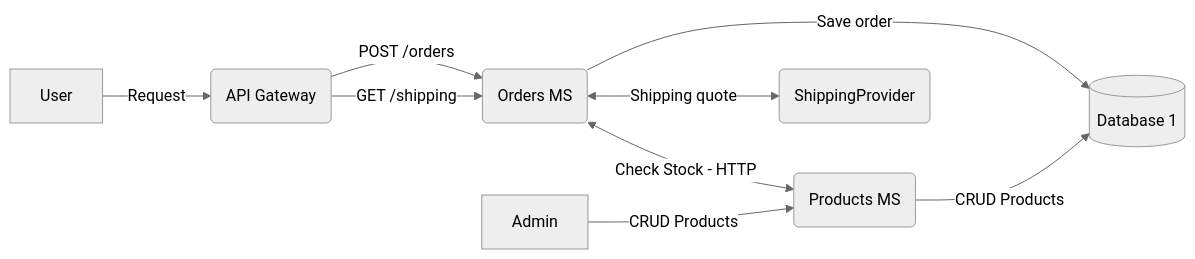
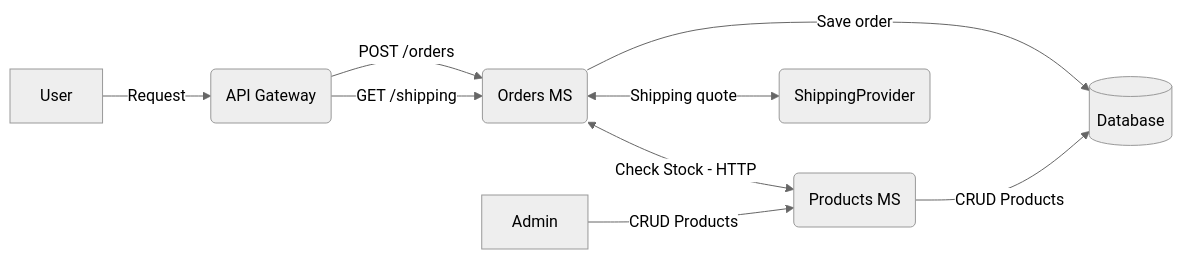
Before and after one commit to LuizFantin/order-products-ms-nestjs: the first of 3 diagrams in README.md, drawn with Mermaid (neutral theme). The commit also changed other lines of this file, not shown here.

````diff
--- a/README.md
+++ b/README.md
@@ -10,21 +20,21 @@
 ```mermaid
 flowchart LR
 
     User[User]
     Gateway(API Gateway)
     MS1(Orders MS)
     MS2(Products MS)
-    db1[(Database 1)]
+    db1[(Database)]
     Shipping(ShippingProvider)
     Admin
 
     User -->|Request| Gateway
     Gateway -->|POST /orders| MS1
     Gateway -->|GET /shipping| MS1
     MS1 <--> |Check Stock - HTTP| MS2
     MS1 <--> |Shipping quote| Shipping
     MS1 -->|Save order| db1
     MS2 -->|CRUD Products| db1
 
     Admin --> |CRUD Products| MS2
 ```
````
